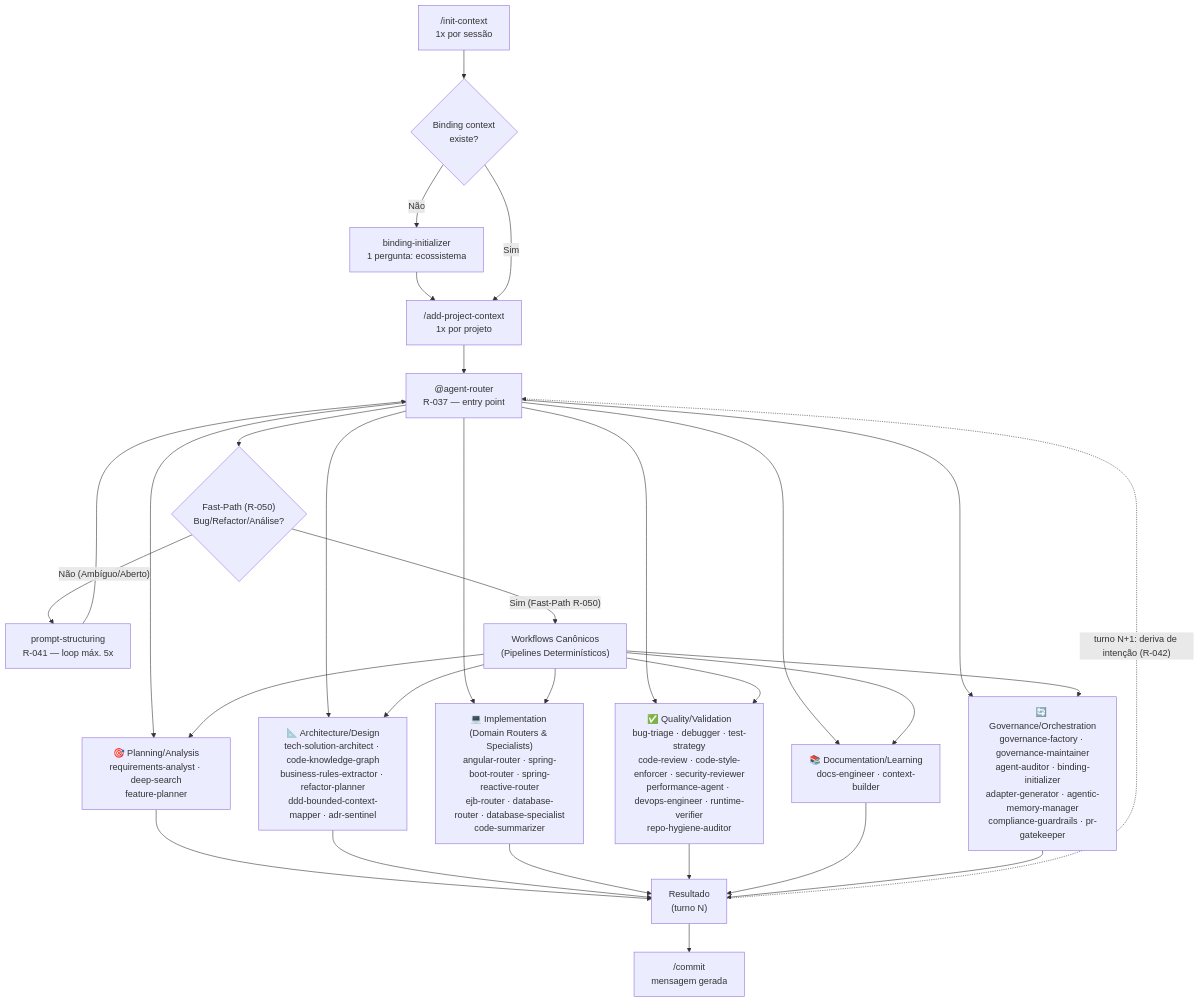
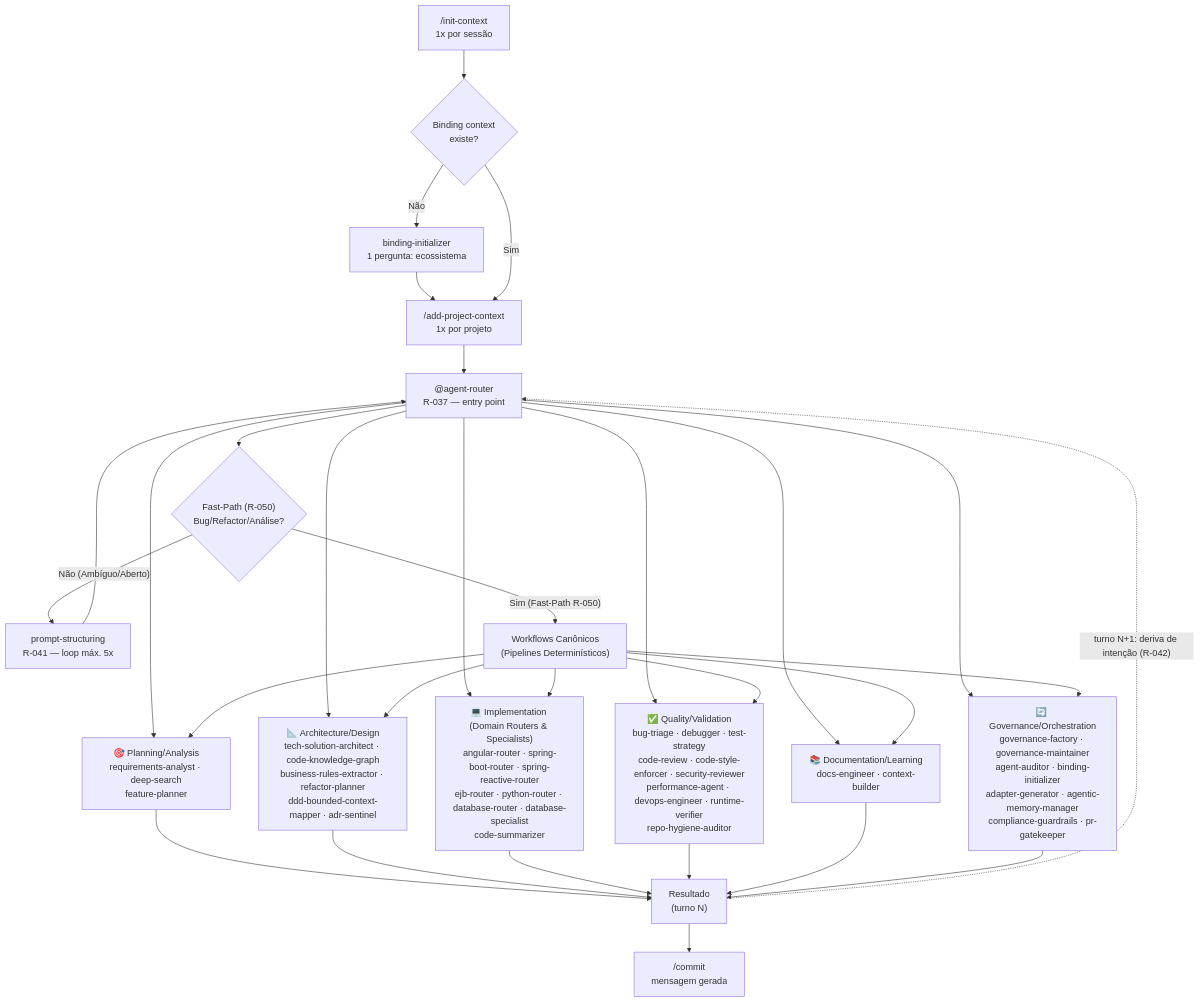
One commit to jezreel8858/deep-agents-copilot changed the first of 2 diagrams in README.md. Above: the diagram before and after it, drawn with Mermaid. The commit also changed other lines of this file and 17 other files, not shown here.

````diff
--- a/README.md
+++ b/README.md
@@ -106,23 +106,23 @@
 ```mermaid
 flowchart TD
     A["/init-context\n1x por sessão"] --> B{Binding context\nexiste?}
     B -- Não --> C["binding-initializer\n1 pergunta: ecossistema"]
     C --> D["/add-project-context\n1x por projeto"]
     B -- Sim --> D
     D --> E["@agent-router\nR-037 — entry point"]
     E --> FP{"Fast-Path (R-050)\nBug/Refactor/Análise?"}
     FP -- "Não (Ambíguo/Aberto)" --> P["prompt-structuring\nR-041 — loop máx. 5x"]
     P --> E
     FP -- "Sim (Fast-Path R-050)" --> WF["Workflows Canônicos\n(Pipelines Determinísticos)"]
 
     E & WF --> G1["🎯 Planning/Analysis\nrequirements-analyst · deep-search\nfeature-planner"]
     E & WF --> G2["📐 Architecture/Design\ntech-solution-architect · code-knowledge-graph\nbusiness-rules-extractor · refactor-planner\nddd-bounded-context-mapper · adr-sentinel"]
-    E & WF --> G3["💻 Implementation (Domain Routers & Specialists)\nangular-router · spring-boot-router · spring-reactive-router\nejb-router · database-router · database-specialist\ncode-summarizer"]
+    E & WF --> G3["💻 Implementation (Domain Routers & Specialists)\nangular-router · spring-boot-router · spring-reactive-router\nejb-router · python-router · database-router · database-specialist\ncode-summarizer"]
     E & WF --> G4["✅ Quality/Validation\nbug-triage · debugger · test-strategy\ncode-review · code-style-enforcer · security-reviewer\nperformance-agent · devops-engineer · runtime-verifier\nrepo-hygiene-auditor"]
     E & WF --> G5["📚 Documentation/Learning\ndocs-engineer · context-builder"]
     E & WF --> G6["🔄 Governance/Orchestration\ngovernance-factory · governance-maintainer\nagent-auditor · binding-initializer\nadapter-generator · agentic-memory-manager\ncompliance-guardrails · pr-gatekeeper"]
 
     G1 & G2 & G3 & G4 & G5 & G6 --> K["Resultado\n(turno N)"]
     K --> L["/commit\nmensagem gerada"]
     K -.->|"turno N+1: deriva de intenção (R-042)"| E
 ```
````
